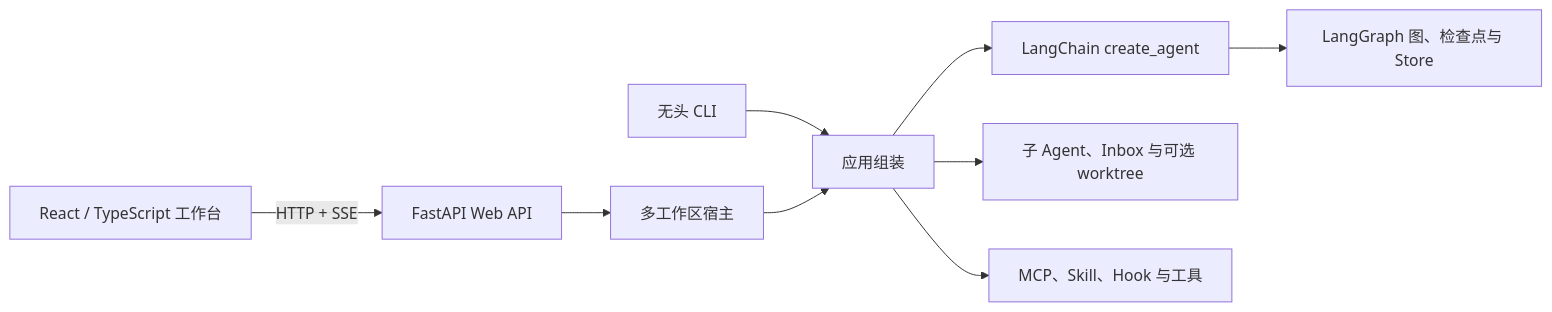
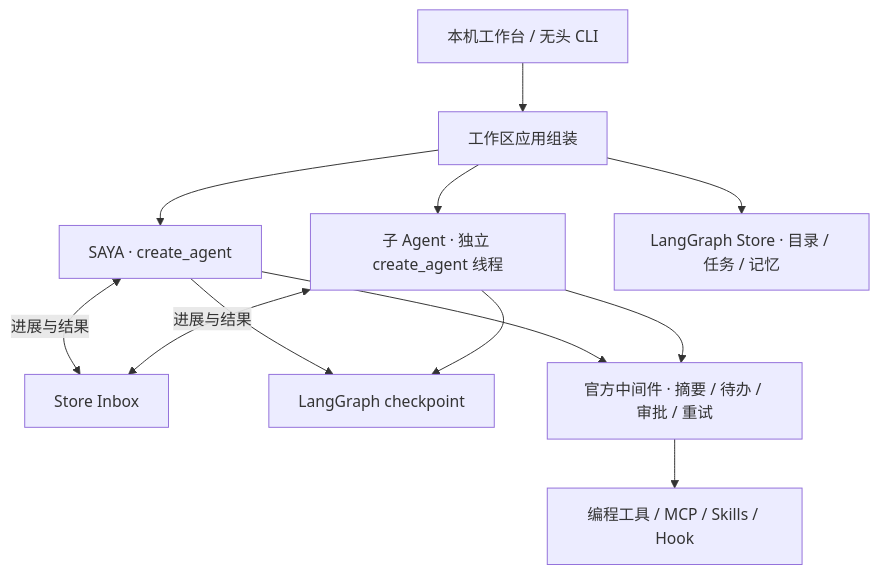
The second of 2 diagrams in README.md (saya-ch/sayacode), drawn with Mermaid before and after one commit. The commit also changed other lines of this file, not shown here.

Commit message:
docs: 重写 README 展示 Agent 核心能力

````diff
--- a/README.md
+++ b/README.md
@@ -143,11 +280,14 @@
 ```mermaid
-flowchart LR
-    UI[React / TypeScript 工作台] -->|HTTP + SSE| WEB[FastAPI Web API]
-    WEB --> HOST[多工作区宿主]
-    CLI[无头 CLI] --> APP[应用组装]
-    HOST --> APP
-    APP --> AGENT[LangChain create_agent]
-    AGENT --> GRAPH[LangGraph 图、检查点与 Store]
-    APP --> TASKS[子 Agent、Inbox 与可选 worktree]
-    APP --> EXT[MCP、Skill、Hook 与工具]
+flowchart TB
+    ENTRY[本机工作台 / 无头 CLI] --> APP[工作区应用组装]
+    APP --> MAIN[SAYA · create_agent]
+    APP --> CHILD[子 Agent · 独立 create_agent 线程]
+    MAIN <-->|进展与结果| INBOX[Store Inbox]
+    CHILD <-->|进展与结果| INBOX
+    MAIN --> CP[LangGraph checkpoint]
+    CHILD --> CP
+    APP --> STORE[LangGraph Store · 目录 / 任务 / 记忆]
+    MAIN --> MW[官方中间件 · 摘要 / 待办 / 审批 / 重试]
+    CHILD --> MW
+    MW --> TOOLS[编程工具 / MCP / Skills / Hook]
 ```
````
